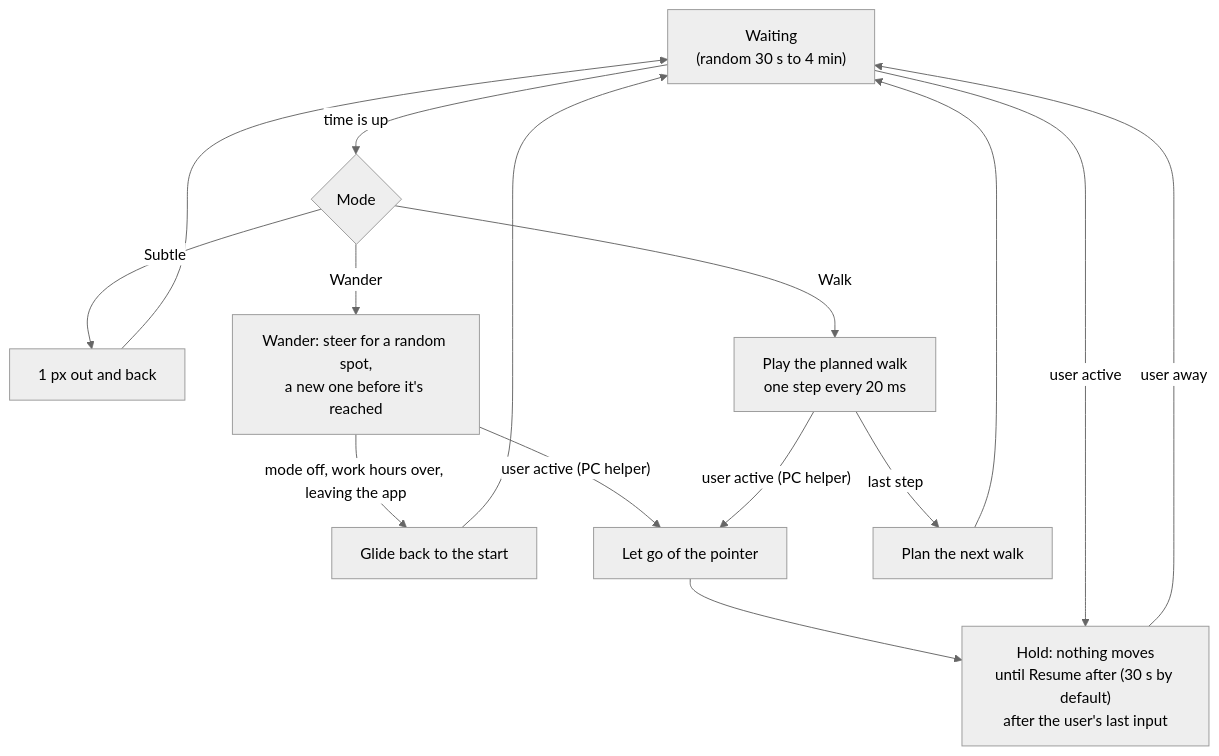
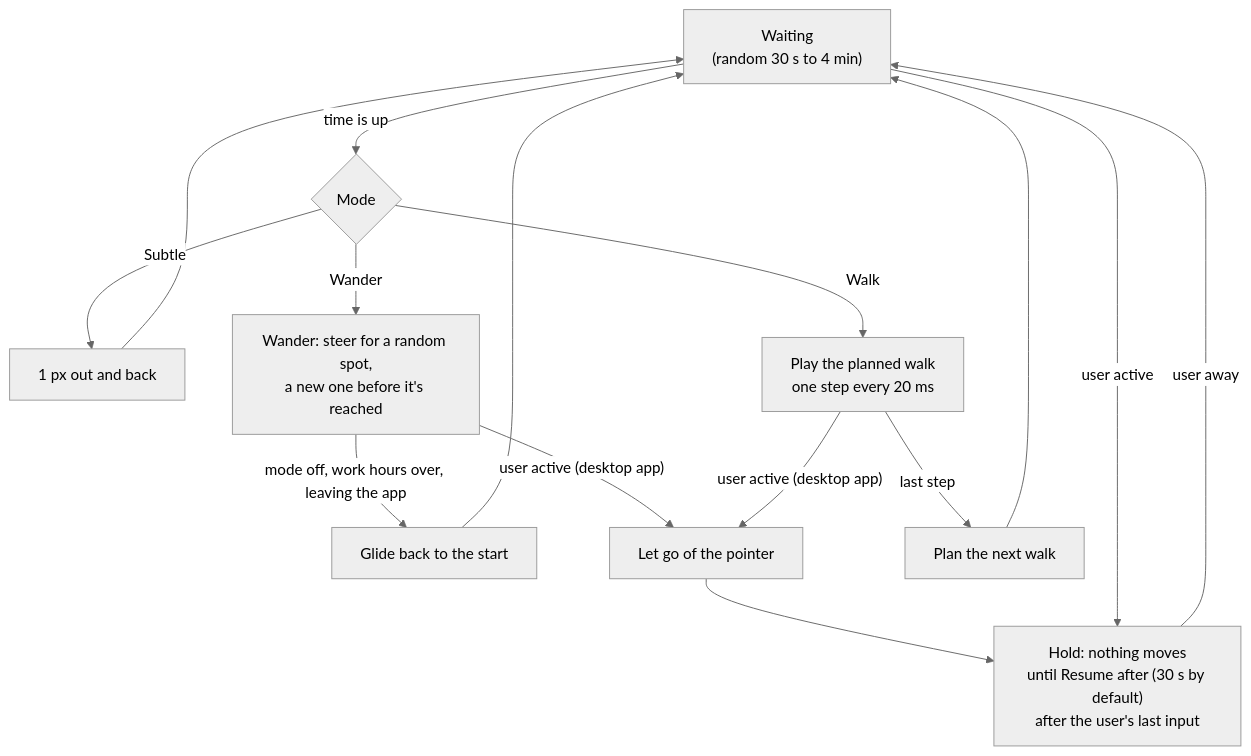
One commit to arudaev/duckwalk changed the fourth of 4 diagrams in docs/architecture.md. Above: the diagram before and after it, drawn with Mermaid (neutral theme). The commit also changed other lines of this file and 18 other files, not shown here.

Commit message:
refactor(desktop): retire the C helper; the desktop app takes over

````diff
--- a/docs/architecture.md
+++ b/docs/architecture.md
@@ -105,12 +105,12 @@
 ```mermaid
 flowchart TD
     wait["Waiting<br/>(random 30 s to 4 min)"] -->|time is up| mode{Mode}
     mode -->|Subtle| nudge["1 px out and back"] --> wait
     mode -->|Walk| play["Play the planned walk<br/>one step every 20 ms"]
     mode -->|Wander| wander["Wander: steer for a random spot,<br/>a new one before it's reached"]
     wander -->|mode off, work hours over, leaving the app| home["Glide back to the start"] --> wait
-    wander -->|"user active (PC helper)"| stop
+    wander -->|"user active (desktop app)"| stop
     play -->|last step| plan["Plan the next walk"] --> wait
-    play -->|"user active (PC helper)"| stop["Let go of the pointer"] --> hold
+    play -->|"user active (desktop app)"| stop["Let go of the pointer"] --> hold
     wait -->|user active| hold["Hold: nothing moves<br/>until Resume after (30 s by default)<br/>after the user's last input"] -->|user away| wait
 ```
````
